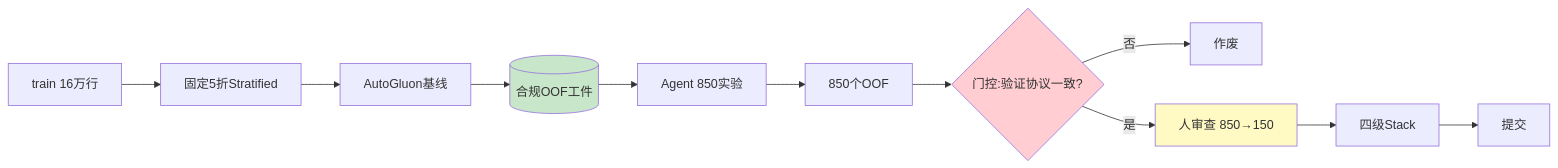
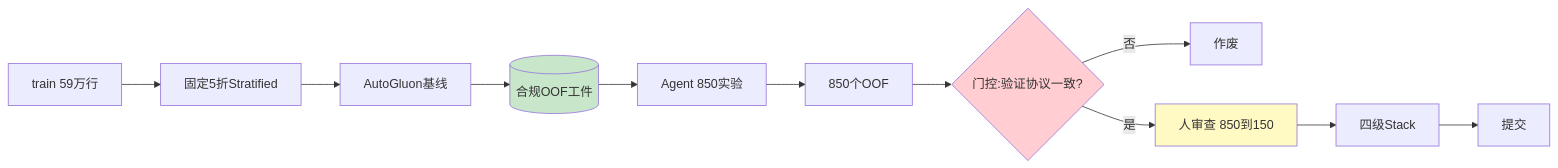
The diagram in docs/chapters/chapter04.md (wizardforcel/vibe-kaggle), drawn with Mermaid before and after one commit. The commit also changed other lines of this file and 22 other files, not shown here.

````diff
--- a/docs/chapters/chapter04.md
+++ b/docs/chapters/chapter04.md
@@ -17,16 +23,16 @@
 ```mermaid
 flowchart LR
-    A[train 16万行] --> B[固定5折Stratified]
+    A[train 59万行] --> B[固定5折Stratified]
     B --> C[AutoGluon基线]
     C --> D[(合规OOF工件)]
     D --> E[Agent 850实验]
     E --> F[850个OOF]
     F --> G{门控:验证协议一致?}
     G -->|否| H[作废]
-    G -->|是| I[人审查 850→150]
+    G -->|是| I[人审查 850到150]
     I --> J[四级Stack]
     J --> K[提交]
     style D fill:#c8e6c9
     style G fill:#ffcdd2
     style I fill:#fff9c4
 ```
````
